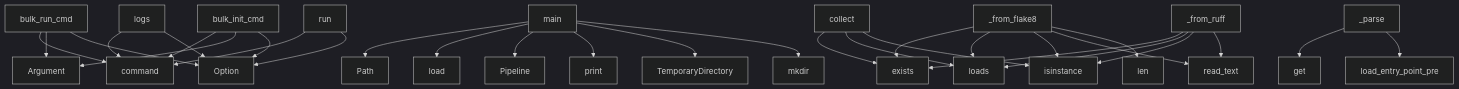
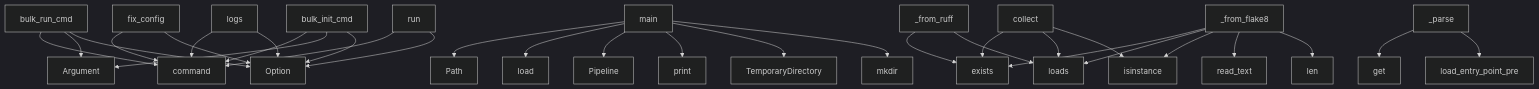
Before and after one commit to semcod/pyqual: the diagram in project/context.md, drawn with Mermaid (dark theme). The commit also changed other lines of this file and 28 other files, not shown here.

````diff
--- a/project/context.md
+++ b/project/context.md
@@ -482,33 +503,33 @@
 ```mermaid
 graph TD
     bulk_run_cmd --> command
     bulk_run_cmd --> Argument
     bulk_run_cmd --> Option
+    fix_config --> command
+    fix_config --> Option
     logs --> command
     logs --> Option
     bulk_init_cmd --> command
     bulk_init_cmd --> Argument
     bulk_init_cmd --> Option
     main --> Path
     main --> load
     main --> Pipeline
     main --> print
     main --> TemporaryDirectory
     main --> mkdir
     _from_flake8 --> exists
     _from_flake8 --> loads
     _from_flake8 --> isinstance
     _from_flake8 --> read_text
     _from_flake8 --> len
+    run --> command
+    run --> Option
     _parse --> get
     _parse --> load_entry_point_pre
-    run --> command
-    run --> Option
     collect --> exists
     collect --> loads
     collect --> isinstance
     _from_ruff --> exists
     _from_ruff --> loads
-    _from_ruff --> isinstance
-    _from_ruff --> read_text
 ```
````
